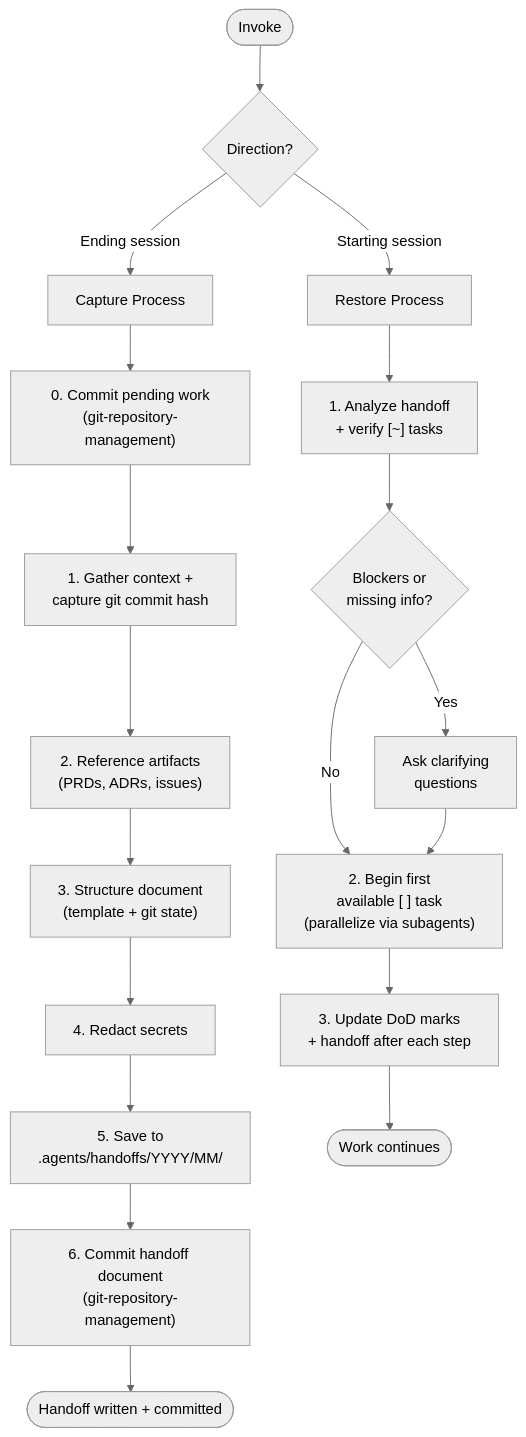
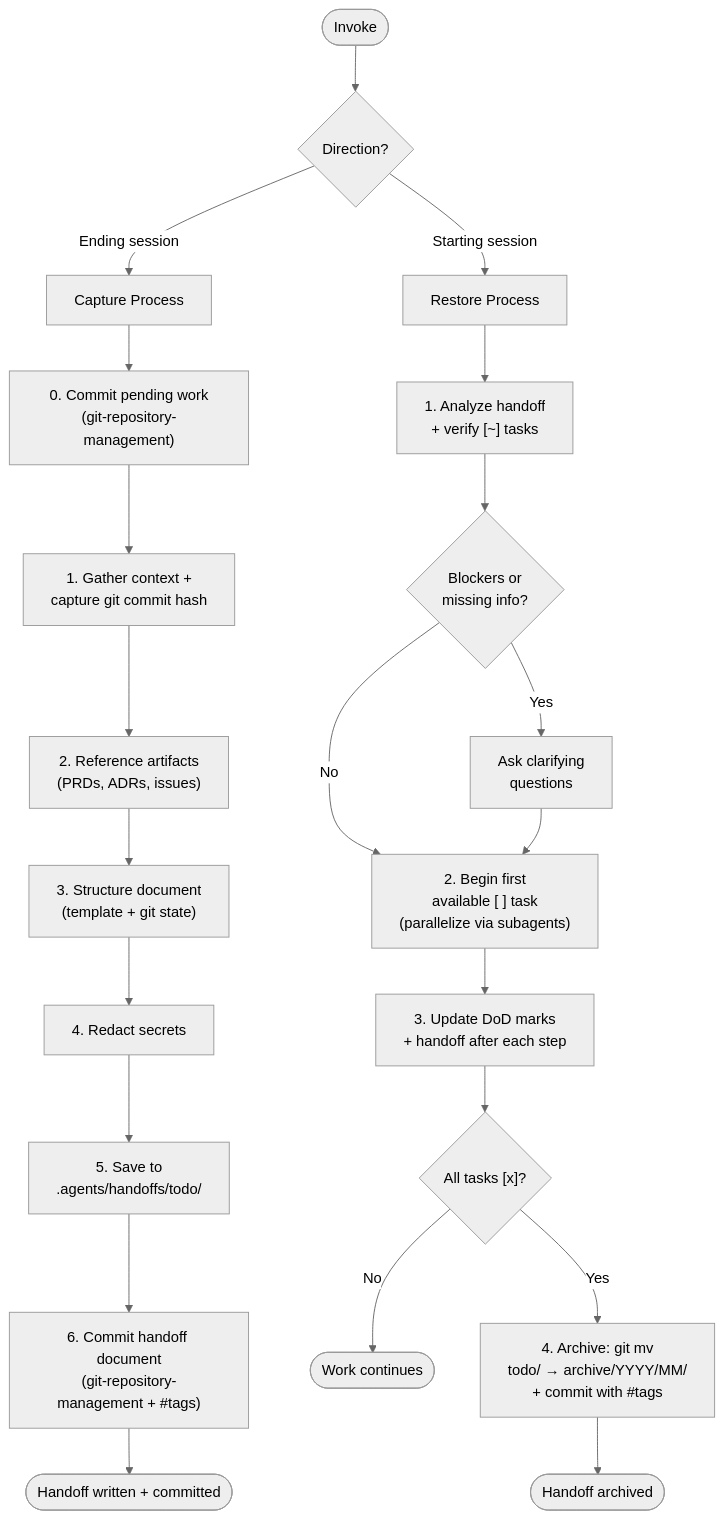
Before and after one commit to levonk/skills-releases: the diagram in skills/ai/handoff/INSTRUCTIONS.md, drawn with Mermaid (neutral theme). The commit also changed other lines of this file and 554 other files, not shown here.

````diff
--- a/skills/ai/handoff/INSTRUCTIONS.md
+++ b/skills/ai/handoff/INSTRUCTIONS.md
@@ -1531,23 +1531,26 @@
 ```mermaid
 flowchart TD
     Start([Invoke]) --> Mode{"Direction?"}
     Mode -->|"Ending session"| Capture["Capture Process"]
     Mode -->|"Starting session"| Restore["Restore Process"]
 
     Capture --> C0["0. Commit pending work<br/>(git-repository-management)"]
     C0 --> C1["1. Gather context +<br/>capture git commit hash"]
     C1 --> C2["2. Reference artifacts<br/>(PRDs, ADRs, issues)"]
     C2 --> C3["3. Structure document<br/>(template + git state)"]
     C3 --> C4["4. Redact secrets"]
-    C4 --> C5["5. Save to<br/>.agents/handoffs/YYYY/MM/"]
-    C5 --> C6["6. Commit handoff document<br/>(git-repository-management)"]
+    C4 --> C5["5. Save to<br/>.agents/handoffs/todo/"]
+    C5 --> C6["6. Commit handoff document<br/>(git-repository-management + #tags)"]
     C6 --> DoneCapture([Handoff written + committed])
 
     Restore --> R1["1. Analyze handoff<br/>+ verify [~] tasks"]
     R1 --> R2{"Blockers or<br/>missing info?"}
     R2 -->|"Yes"| Ask["Ask clarifying<br/>questions"]
     R2 -->|"No"| R3["2. Begin first<br/>available [ ] task<br/>(parallelize via subagents)"]
     Ask --> R3
     R3 --> R4["3. Update DoD marks<br/>+ handoff after each step"]
-    R4 --> DoneRestore([Work continues])
+    R4 --> R5{"All tasks [x]?"}
+    R5 -->|"No"| DoneRestore([Work continues])
+    R5 -->|"Yes"| R6["4. Archive: git mv<br/>todo/ → archive/YYYY/MM/<br/>+ commit with #tags"]
+    R6 --> DoneArchive([Handoff archived])
 ```
````
